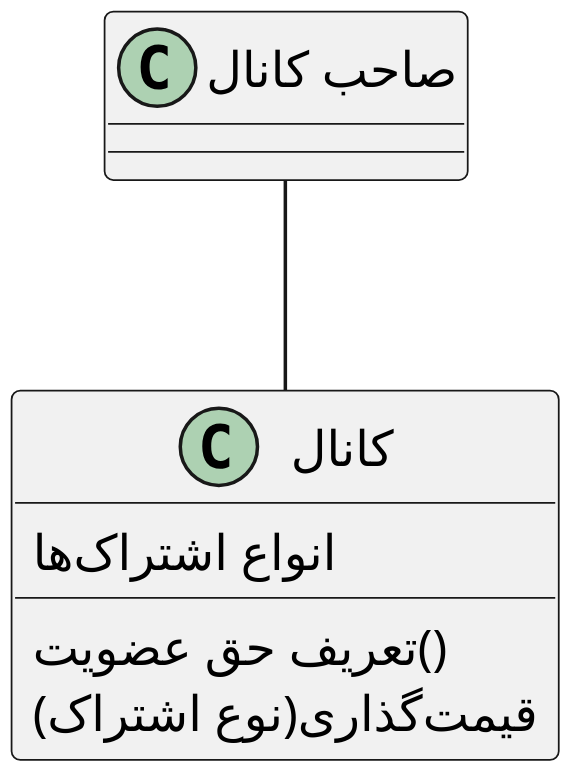
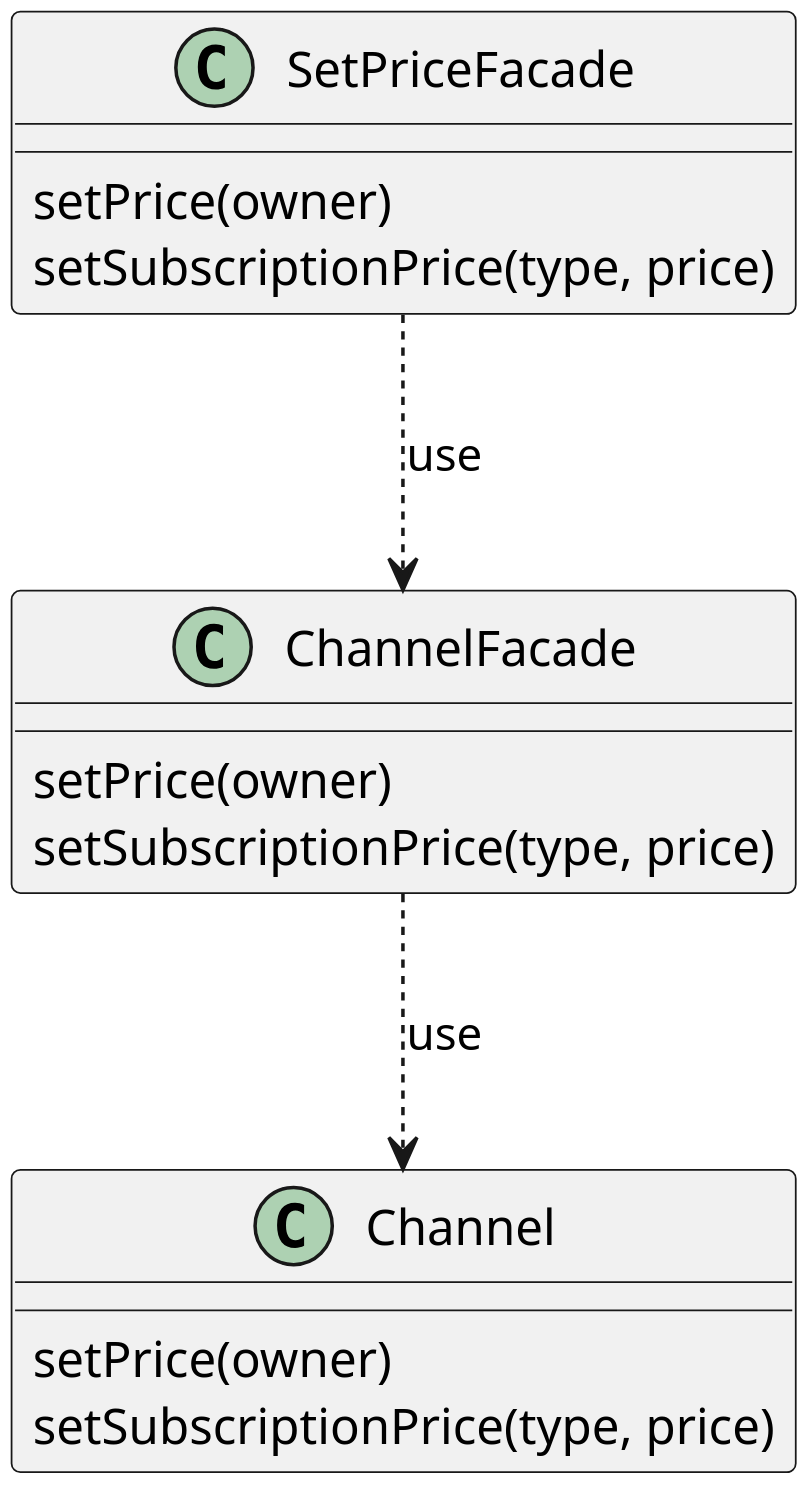
One commit to soleyman79/Qasedak changed the diagram in Diagrams/Design Class/SetSubscriptionPrice.puml. Above: the diagram before and after it, drawn with PlantUML.

Commit message:
update Design class: SetSubscriptionPrice

```diff
--- a/Diagrams/Design Class/SetSubscriptionPrice.puml
+++ b/Diagrams/Design Class/SetSubscriptionPrice.puml
@@ -1,20 +1,27 @@
 @startuml set_subscription_price
 
 
 scale 3
 skinparam DefaultFontName B Nazanin
 skinparam ArrowMessageAlignment right
 
-class "صاحب کانال" as owner {
+class "Channel" as chanel {
+    setPrice(owner)
+    setSubscriptionPrice(type, price)
 }
 
-class "کانال" as chanel {
-    انواع اشتراک‌ها 
-    تعریف حق عضویت()
-    قیمت‌گذاری(نوع اشتراک)
+class SetPriceFacade {
+    setPrice(owner)
+    setSubscriptionPrice(type, price)
 }
 
-owner -- chanel
+class ChannelFacade {
+    setPrice(owner)
+    setSubscriptionPrice(type, price)
+}
+
+ChannelFacade ..> chanel :use
+SetPriceFacade ..> ChannelFacade :use
 
 
 @enduml
```
